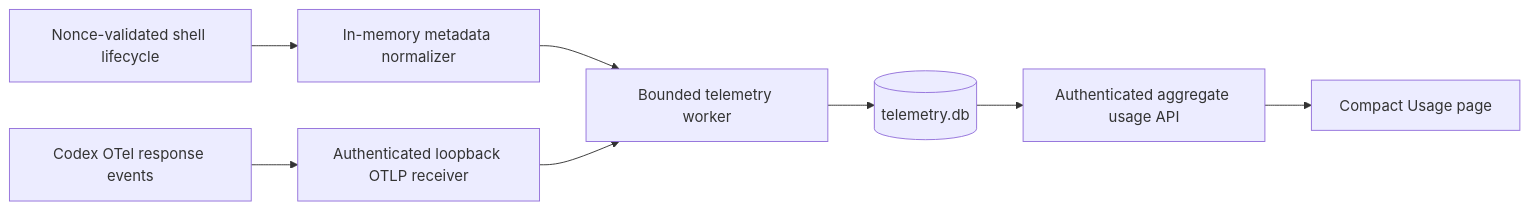
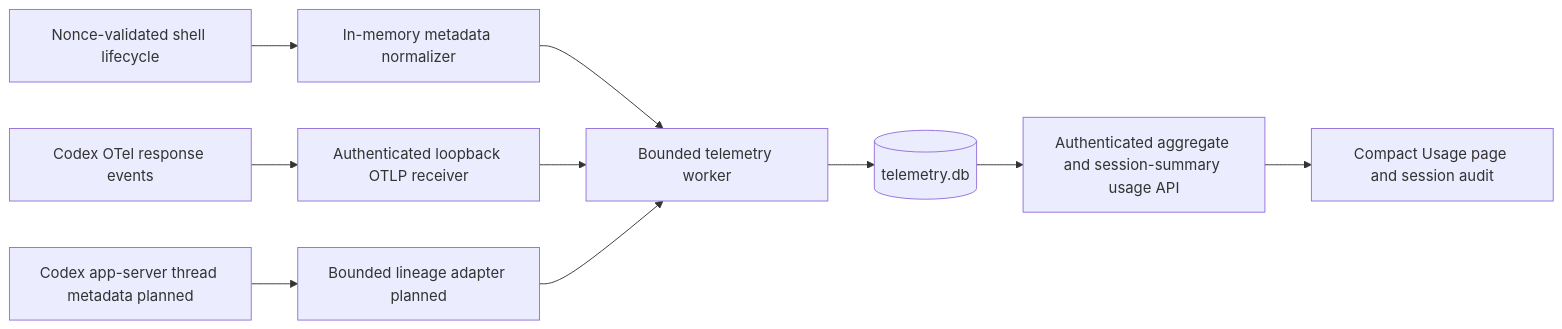
Before and after one commit to loidinhm31/dam-hopper: the second of 3 diagrams in docs/system-architecture.md, drawn with Mermaid. The commit also changed other lines of this file and 27 other files, not shown here.

````diff
--- a/docs/system-architecture.md
+++ b/docs/system-architecture.md
@@ -236,10 +236,12 @@
 ```mermaid
 flowchart LR
   Shell[Nonce-validated shell lifecycle] --> Normalize[In-memory metadata normalizer]
   Codex[Codex OTel response events] --> Receiver[Authenticated loopback OTLP receiver]
+  AppServer[Codex app-server thread metadata planned] --> Lineage[Bounded lineage adapter planned]
   Normalize --> Worker[Bounded telemetry worker]
   Receiver --> Worker
+  Lineage --> Worker
   Worker --> DB[(telemetry.db)]
-  DB --> API[Authenticated aggregate usage API]
-  API --> Page[Compact Usage page]
+  DB --> API[Authenticated aggregate and session-summary usage API]
+  API --> Page[Compact Usage page and session audit]
 ```
````
